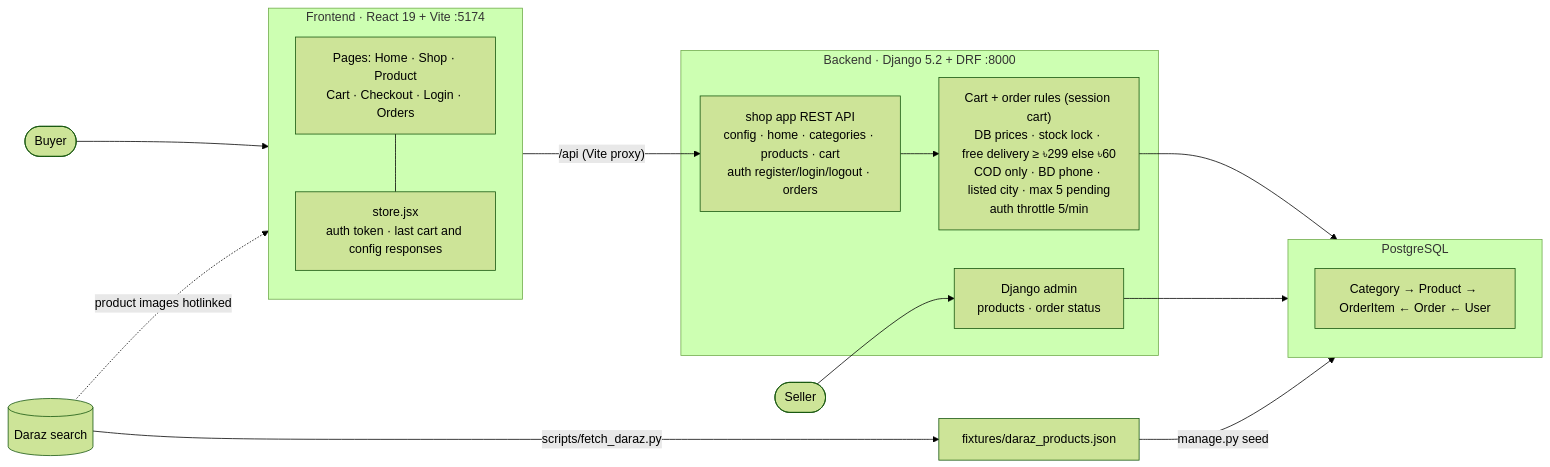
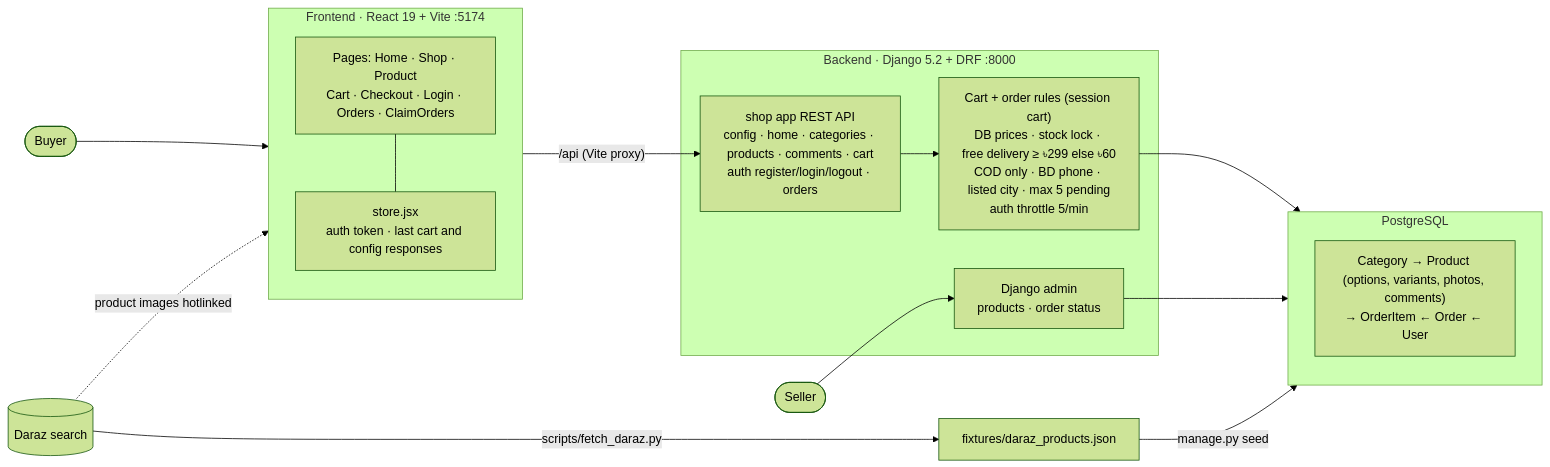
The diagram in README.md (ironMan-blip/Haat), drawn with Mermaid (forest theme) before and after one commit. The commit also changed other lines of this file, not shown here.

Commit message:
docs: update README with product variants, comments, and architecture changes

````diff
--- a/README.md
+++ b/README.md
@@ -77,29 +81,29 @@
 ```mermaid
 flowchart LR
   subgraph FE["Frontend · React 19 + Vite :5174"]
-    Pages["Pages: Home · Shop · Product<br/>Cart · Checkout · Login · Orders"]
+    Pages["Pages: Home · Shop · Product<br/>Cart · Checkout · Login · Orders · ClaimOrders"]
     Store["store.jsx<br/>auth token · last cart and config responses"]
     Pages --- Store
   end
 
   FE -- "/api (Vite proxy)" --> API
 
   subgraph BE["Backend · Django 5.2 + DRF :8000"]
-    API["shop app REST API<br/>config · home · categories · products · cart<br/>auth register/login/logout · orders"]
+    API["shop app REST API<br/>config · home · categories · products · comments · cart<br/>auth register/login/logout · orders"]
     Rules["Cart + order rules (session cart)<br/>DB prices · stock lock · free delivery ≥ ৳299 else ৳60<br/>COD only · BD phone · listed city · max 5 pending<br/>auth throttle 5/min"]
     Admin["Django admin<br/>products · order status"]
     API --> Rules
   end
 
   subgraph DB["PostgreSQL"]
-    Models["Category → Product → OrderItem ← Order ← User"]
+    Models["Category → Product (options, variants, photos, comments)<br/>→ OrderItem ← Order ← User"]
   end
 
   Buyer([Buyer]) --> FE
   Seller([Seller]) --> Admin
   Rules --> DB
   Admin --> DB
   Daraz[(Daraz search)] -- "scripts/fetch_daraz.py" --> Fixture["fixtures/daraz_products.json"]
   Fixture -- "manage.py seed" --> DB
   Daraz -. "product images hotlinked" .-> FE
 ```
````
